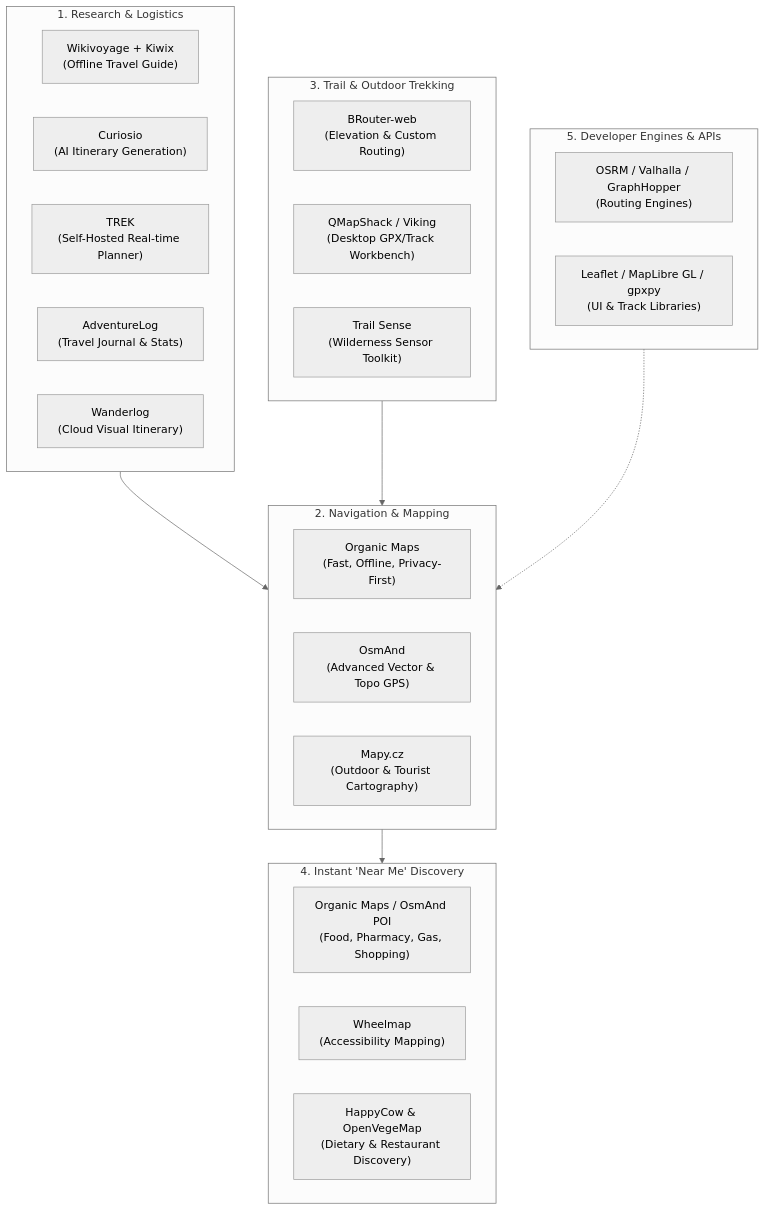
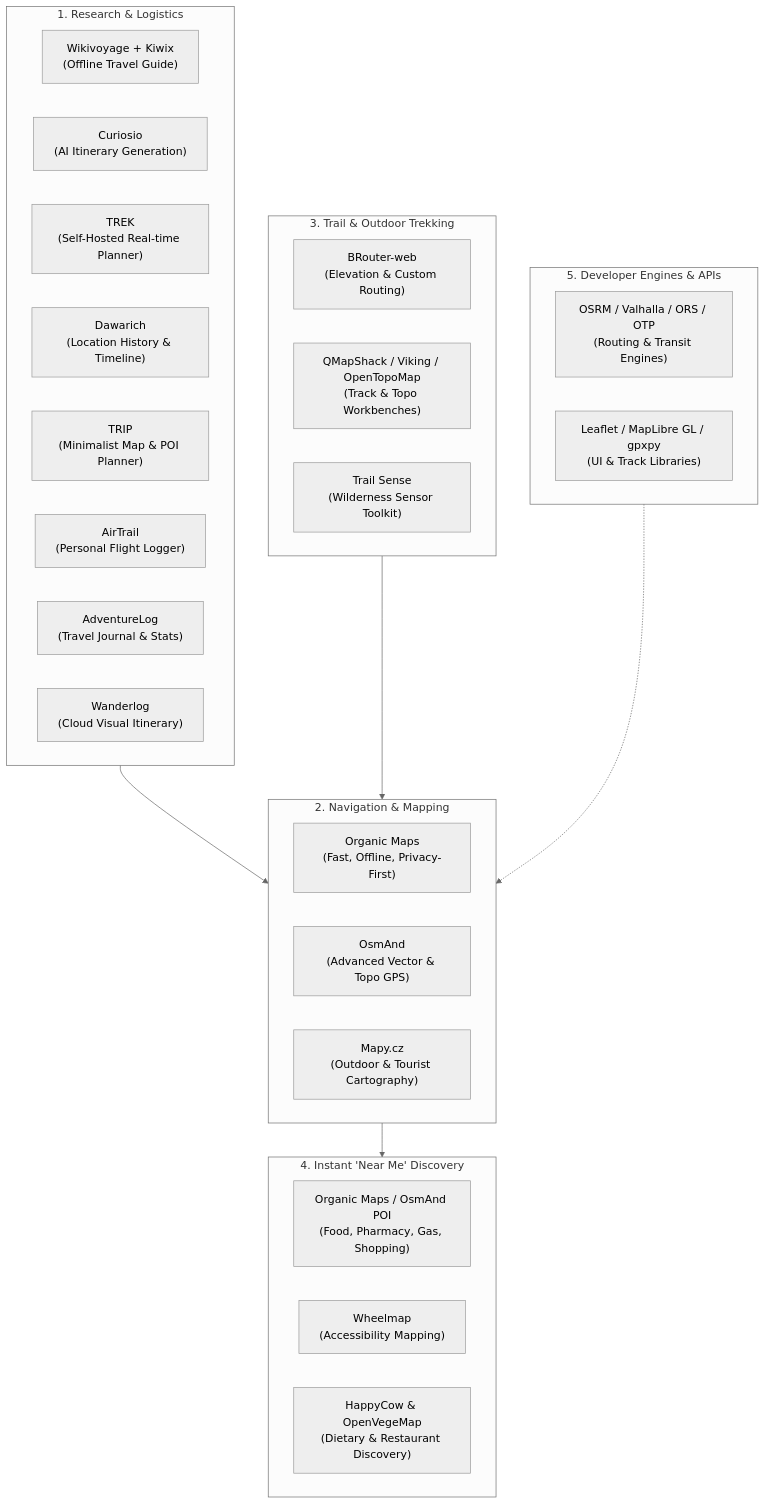
One commit to sagarnikam123/sagarnikam123.github.io changed the diagram in _drafts/open-source-travel-trip-planning-tools.md. Above: the diagram before and after it, drawn with Mermaid (neutral theme). The commit also changed other lines of this file, not shown here.

````diff
--- a/_drafts/open-source-travel-trip-planning-tools.md
+++ b/_drafts/open-source-travel-trip-planning-tools.md
@@ -24,38 +24,41 @@
 ```mermaid
 flowchart TD
     subgraph Research["1. Research & Logistics"]
         W["Wikivoyage + Kiwix<br/>(Offline Travel Guide)"]
         C["Curiosio<br/>(AI Itinerary Generation)"]
         TR["TREK<br/>(Self-Hosted Real-time Planner)"]
+        DW["Dawarich<br/>(Location History & Timeline)"]
+        TP["TRIP<br/>(Minimalist Map & POI Planner)"]
+        AT["AirTrail<br/>(Personal Flight Logger)"]
         AL["AdventureLog<br/>(Travel Journal & Stats)"]
         WL["Wanderlog<br/>(Cloud Visual Itinerary)"]
     end
 
     subgraph Navigation["2. Navigation & Mapping"]
         OM["Organic Maps<br/>(Fast, Offline, Privacy-First)"]
         OA["OsmAnd<br/>(Advanced Vector & Topo GPS)"]
         MC["Mapy.cz<br/>(Outdoor & Tourist Cartography)"]
     end
 
     subgraph Hiking["3. Trail & Outdoor Trekking"]
         BR["BRouter-web<br/>(Elevation & Custom Routing)"]
-        QM["QMapShack / Viking<br/>(Desktop GPX/Track Workbench)"]
+        QM["QMapShack / Viking / OpenTopoMap<br/>(Track & Topo Workbenches)"]
         TS["Trail Sense<br/>(Wilderness Sensor Toolkit)"]
     end
 
     subgraph Discovery["4. Instant 'Near Me' Discovery"]
         POI["Organic Maps / OsmAnd POI<br/>(Food, Pharmacy, Gas, Shopping)"]
         WM["Wheelmap<br/>(Accessibility Mapping)"]
         HC["HappyCow & OpenVegeMap<br/>(Dietary & Restaurant Discovery)"]
     end
 
     subgraph Dev["5. Developer Engines & APIs"]
-        RO["OSRM / Valhalla / GraphHopper<br/>(Routing Engines)"]
+        RO["OSRM / Valhalla / ORS / OTP<br/>(Routing & Transit Engines)"]
         LIB["Leaflet / MapLibre GL / gpxpy<br/>(UI & Track Libraries)"]
     end
 
     Research --> Navigation
     Navigation --> Discovery
     Hiking --> Navigation
     Dev -.-> Navigation
 ```
````
